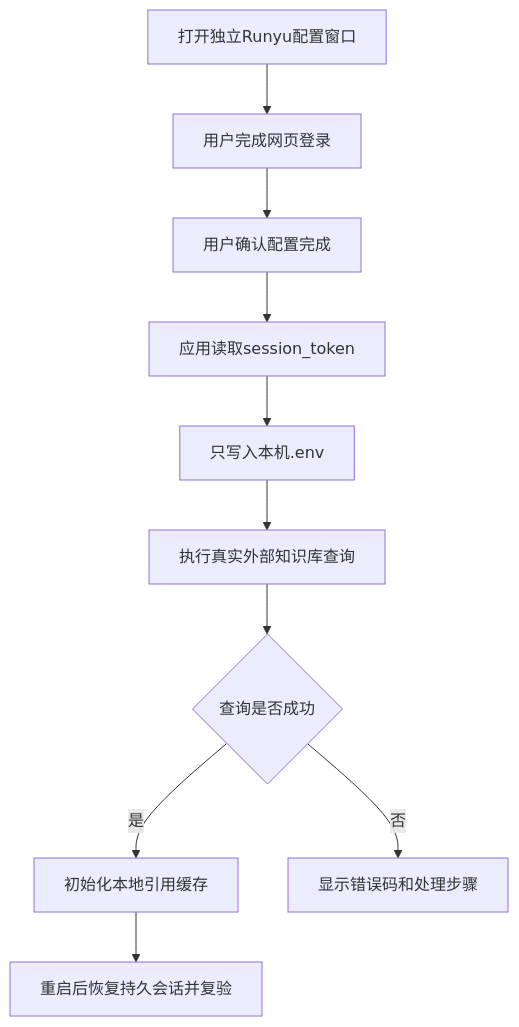
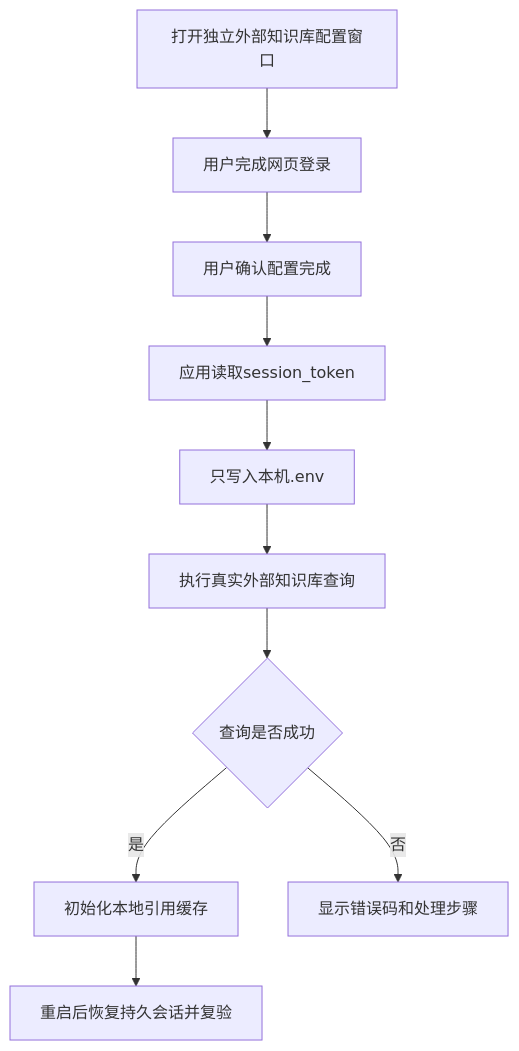
The eighth of 9 diagrams in docs/project-journey.md (JahanHe/wechat-autoreply), drawn with Mermaid before and after one commit. The commit also changed other lines of this file and 16 other files, not shown here.

````diff
--- a/docs/project-journey.md
+++ b/docs/project-journey.md
@@ -458,12 +458,12 @@
 ```mermaid
 flowchart TD
-  A["打开独立Runyu配置窗口"] --> B["用户完成网页登录"]
+  A["打开独立外部知识库配置窗口"] --> B["用户完成网页登录"]
   B --> C["用户确认配置完成"]
   C --> D["应用读取session_token"]
   D --> E["只写入本机.env"]
   E --> F["执行真实外部知识库查询"]
   F --> G{"查询是否成功"}
   G -- "是" --> H["初始化本地引用缓存"]
   G -- "否" --> I["显示错误码和处理步骤"]
   H --> J["重启后恢复持久会话并复验"]
 ```
````
